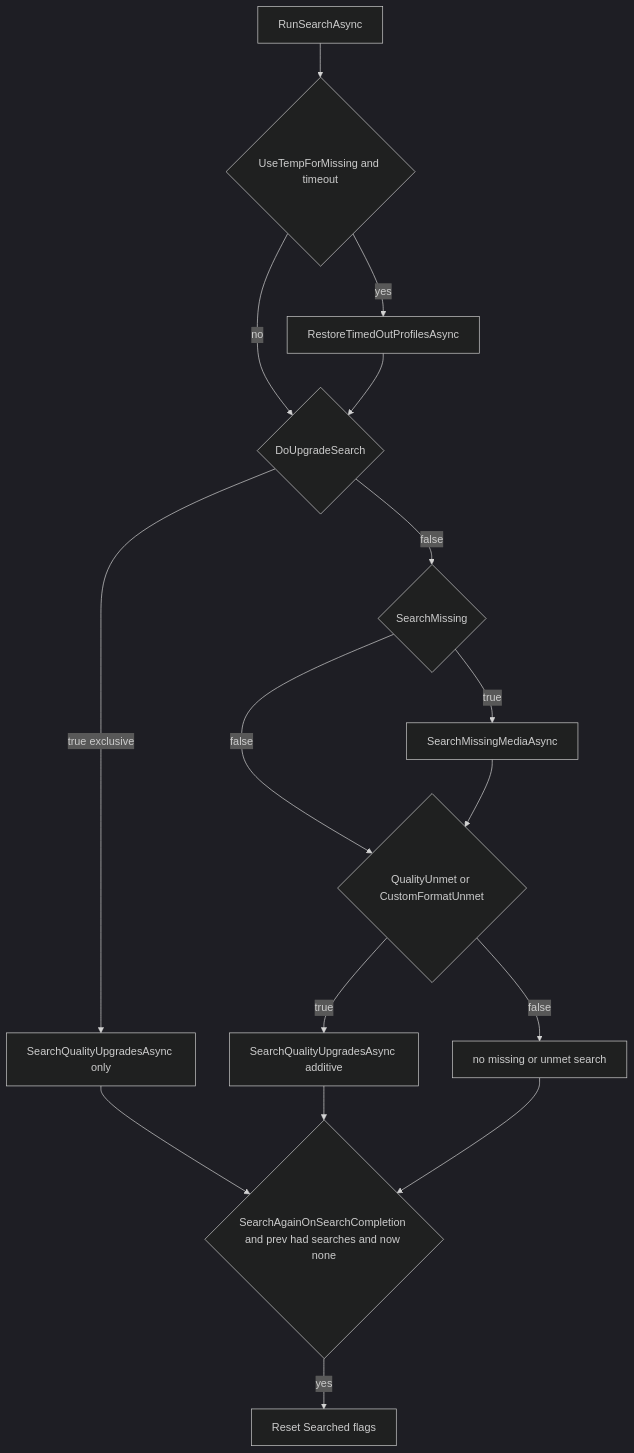
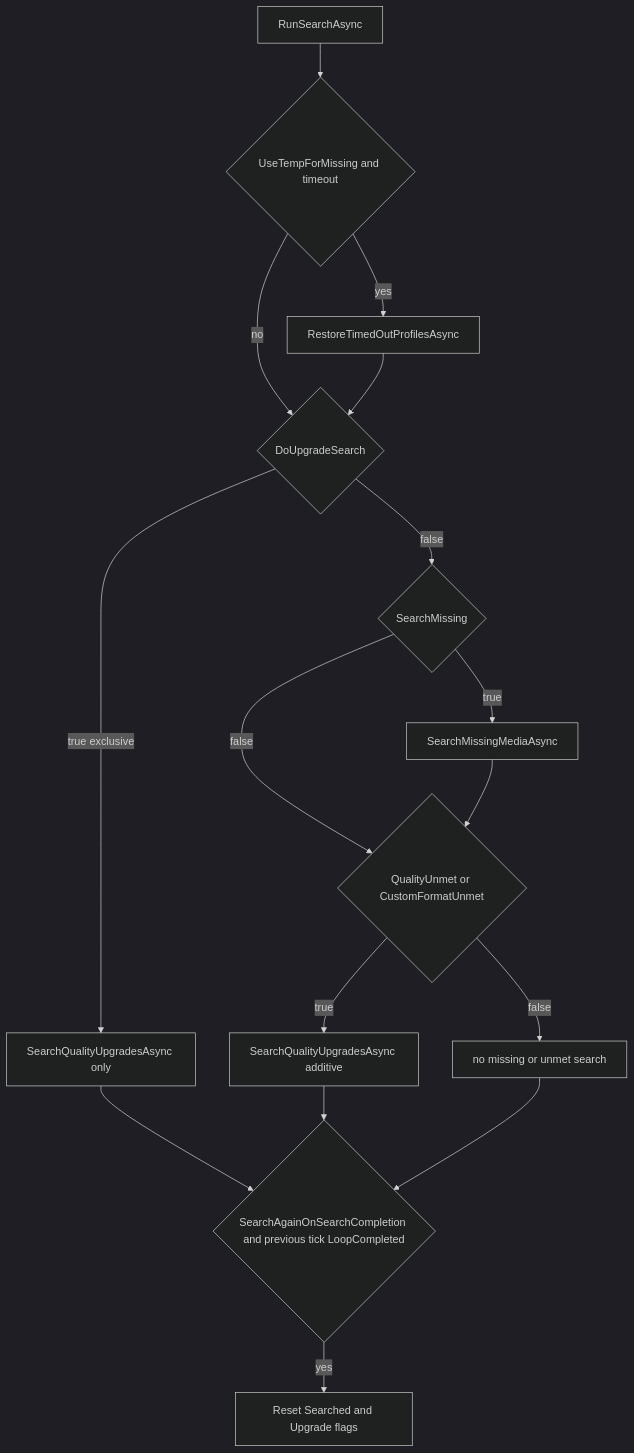
The second of 2 diagrams in docs/parity/full-parity-path-report.md (Feramance/Torrentarr), drawn with Mermaid (dark theme) before and after one commit. The commit also changed other lines of this file and 23 other files, not shown here.

````diff
--- a/docs/parity/full-parity-path-report.md
+++ b/docs/parity/full-parity-path-report.md
@@ -127,19 +125,19 @@
 ```mermaid
 flowchart TD
   start[RunSearchAsync]
   start --> temp{UseTempForMissing and timeout}
   temp -->|yes| restore[RestoreTimedOutProfilesAsync]
   temp -->|no| mode
   restore --> mode{DoUpgradeSearch}
   mode -->|true exclusive| upgrades[SearchQualityUpgradesAsync only]
   mode -->|false| missing{SearchMissing}
   missing -->|true| missSearch[SearchMissingMediaAsync]
   missing -->|false| add
   missSearch --> add{QualityUnmet or CustomFormatUnmet}
   add -->|true| upgrades2[SearchQualityUpgradesAsync additive]
   add -->|false| done[no missing or unmet search]
   upgrades --> again
   upgrades2 --> again
-  done --> again{SearchAgainOnSearchCompletion and prev had searches and now none}
-  again -->|yes| reset[Reset Searched flags]
+  done --> again{SearchAgainOnSearchCompletion and previous tick LoopCompleted}
+  again -->|yes| reset[Reset Searched and Upgrade flags]
 ```
````
